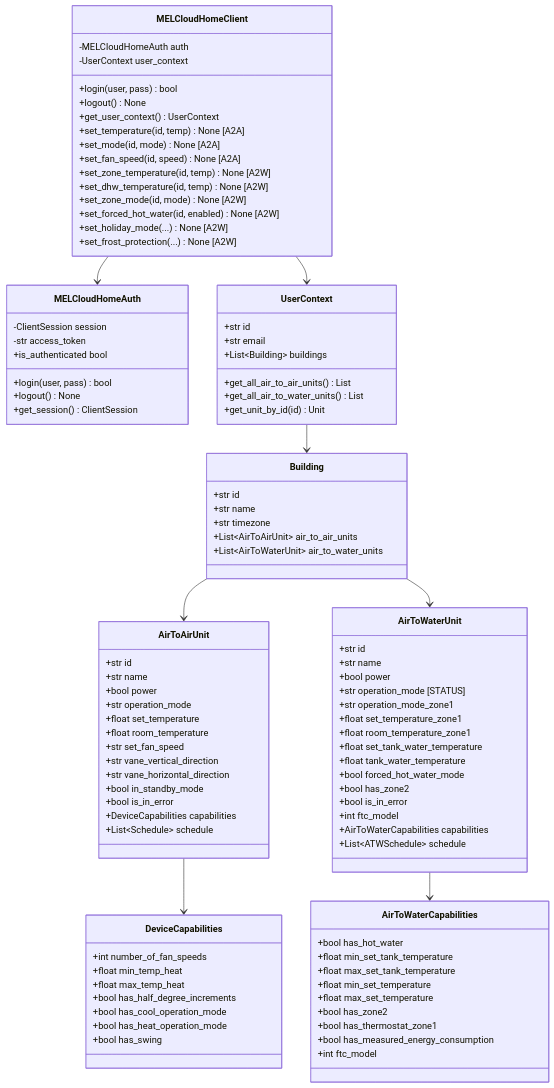
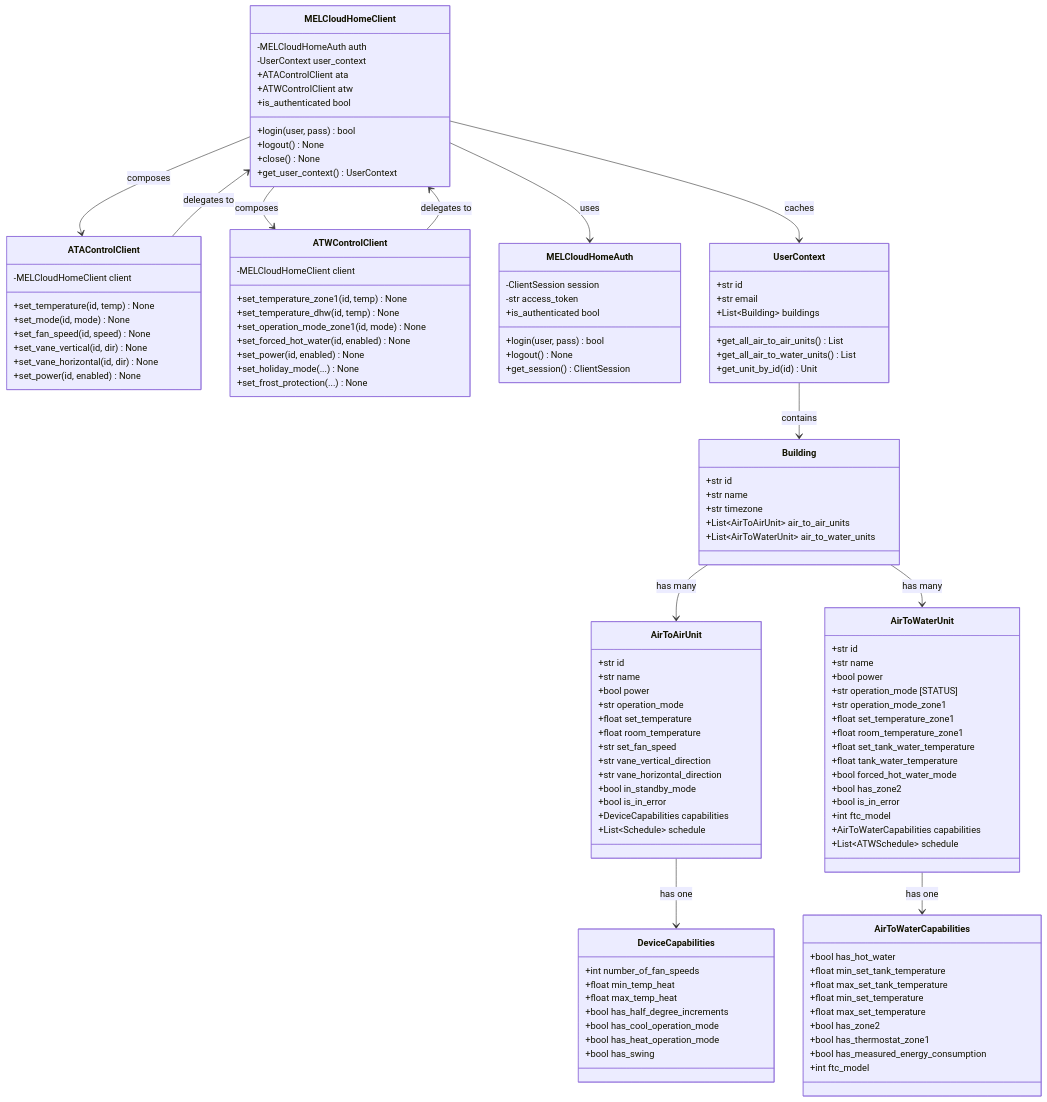
The third of 7 diagrams in docs/architecture.md (andrew-blake/melcloudhome), drawn with Mermaid before and after one commit. The commit also changed other lines of this file and 4 other files, not shown here.

First line of the commit message:
docs: Fix post-refactor documentation inconsistencies and ATW device discovery bug

````diff
--- a/docs/architecture.md
+++ b/docs/architecture.md
@@ -148,18 +148,34 @@
     class MELCloudHomeClient {
         -MELCloudHomeAuth auth
         -UserContext user_context
+        +ATAControlClient ata
+        +ATWControlClient atw
         +login(user, pass) bool
         +logout() None
+        +close() None
+        +is_authenticated bool
         +get_user_context() UserContext
-        +set_temperature(id, temp) None [A2A]
-        +set_mode(id, mode) None [A2A]
-        +set_fan_speed(id, speed) None [A2A]
-        +set_zone_temperature(id, temp) None [A2W]
-        +set_dhw_temperature(id, temp) None [A2W]
-        +set_zone_mode(id, mode) None [A2W]
-        +set_forced_hot_water(id, enabled) None [A2W]
-        +set_holiday_mode(...) None [A2W]
-        +set_frost_protection(...) None [A2W]
+    }
+
+    class ATAControlClient {
+        -MELCloudHomeClient client
+        +set_temperature(id, temp) None
+        +set_mode(id, mode) None
+        +set_fan_speed(id, speed) None
+        +set_vane_vertical(id, dir) None
+        +set_vane_horizontal(id, dir) None
+        +set_power(id, enabled) None
+    }
+
+    class ATWControlClient {
+        -MELCloudHomeClient client
+        +set_temperature_zone1(id, temp) None
+        +set_temperature_dhw(id, temp) None
+        +set_operation_mode_zone1(id, mode) None
+        +set_forced_hot_water(id, enabled) None
+        +set_power(id, enabled) None
+        +set_holiday_mode(...) None
+        +set_frost_protection(...) None
     }
 
     class MELCloudHomeAuth {
@@ -244,11 +260,15 @@
         +int ftc_model
     }
 
-    MELCloudHomeClient --> MELCloudHomeAuth
-    MELCloudHomeClient --> UserContext
-    UserContext --> Building
-    Building --> AirToAirUnit
-    Building --> AirToWaterUnit
-    AirToAirUnit --> DeviceCapabilities
-    AirToWaterUnit --> AirToWaterCapabilities
+    MELCloudHomeClient --> MELCloudHomeAuth : uses
+    MELCloudHomeClient --> ATAControlClient : composes
+    MELCloudHomeClient --> ATWControlClient : composes
+    ATAControlClient --> MELCloudHomeClient : delegates to
+    ATWControlClient --> MELCloudHomeClient : delegates to
+    MELCloudHomeClient --> UserContext : caches
+    UserContext --> Building : contains
+    Building --> AirToAirUnit : has many
+    Building --> AirToWaterUnit : has many
+    AirToAirUnit --> DeviceCapabilities : has one
+    AirToWaterUnit --> AirToWaterCapabilities : has one
 ```
````
